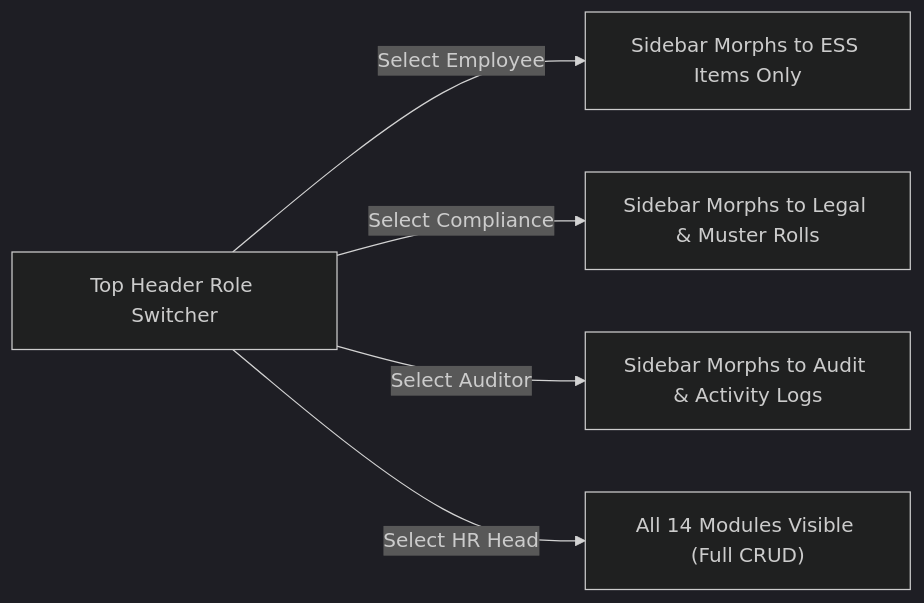
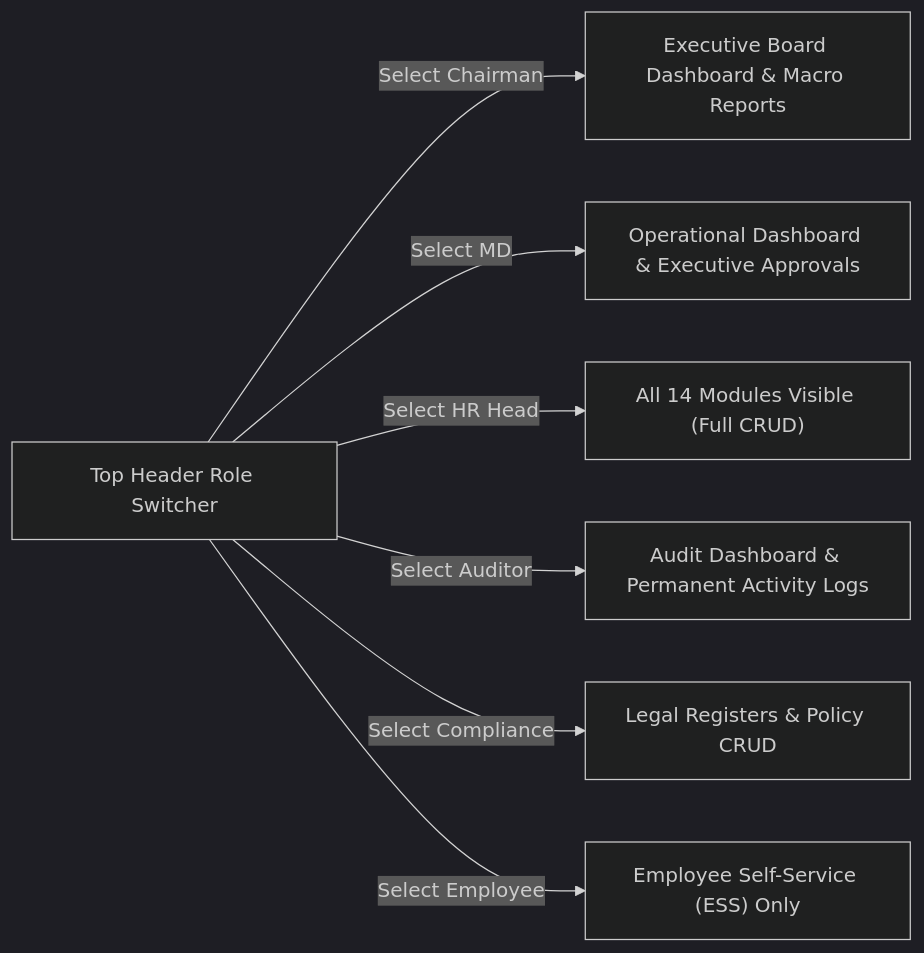
Before and after one commit to ViruzVerse-Solutions/hrms: the second of 10 diagrams in docs/PHASE_TESTING_GUIDE.md, drawn with Mermaid (dark theme). The commit also changed other lines of this file, not shown here.

````diff
--- a/docs/PHASE_TESTING_GUIDE.md
+++ b/docs/PHASE_TESTING_GUIDE.md
@@ -55,7 +55,9 @@
 ```mermaid
 flowchart LR
-    Switcher["Top Header Role Switcher"] -->|Select Employee| ESS["Sidebar Morphs to ESS Items Only"]
-    Switcher -->|Select Compliance| COMP["Sidebar Morphs to Legal & Muster Rolls"]
-    Switcher -->|Select Auditor| AUD["Sidebar Morphs to Audit & Activity Logs"]
+    Switcher["Top Header Role Switcher"] -->|Select Chairman| CH["Executive Board Dashboard & Macro Reports"]
+    Switcher -->|Select MD| MD["Operational Dashboard & Executive Approvals"]
     Switcher -->|Select HR Head| FULL["All 14 Modules Visible (Full CRUD)"]
+    Switcher -->|Select Auditor| AUD["Audit Dashboard & Permanent Activity Logs"]
+    Switcher -->|Select Compliance| COMP["Legal Registers & Policy CRUD"]
+    Switcher -->|Select Employee| ESS["Employee Self-Service (ESS) Only"]
 ```
````
